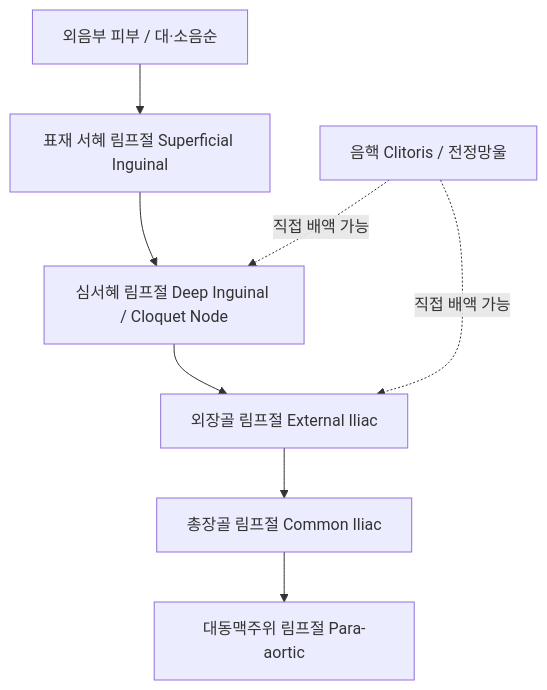
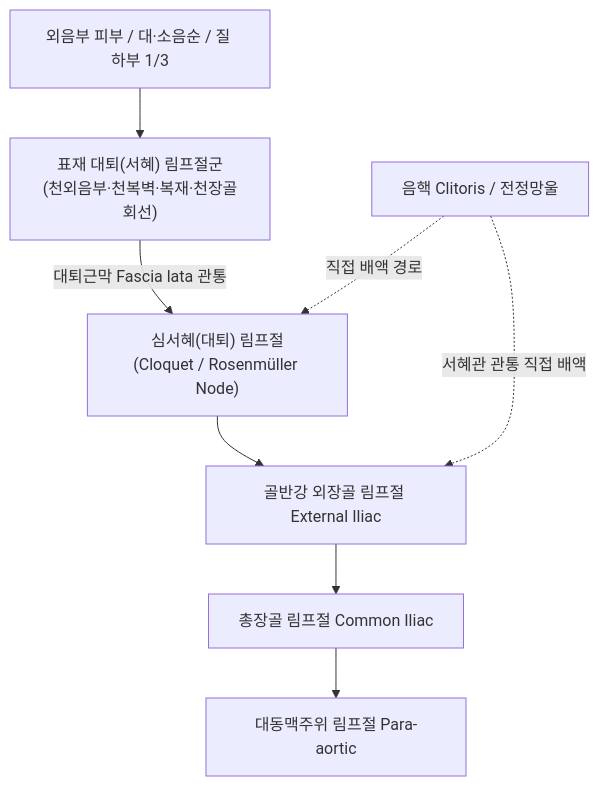
One commit to simbio11/simbio-digital-garden2 changed the diagram in content/5. 독서, 노트/독서/네터해부학/Vol1_생식기계/Day06_외음부_해부생리_피부질환_종양.md. Above: the diagram before and after it, drawn with Mermaid. The commit also changed other lines of this file and 7 other files, not shown here.

````diff
--- a/content/5. 독서, 노트/독서/네터해부학/Vol1_생식기계/Day06_외음부_해부생리_피부질환_종양.md
+++ b/content/5. 독서, 노트/독서/네터해부학/Vol1_생식기계/Day06_외음부_해부생리_피부질환_종양.md
@@ -117,12 +206,12 @@
 ```mermaid
 graph TD
- VulvaSkin[외음부 피부 / 대·소음순] --> SupIng[표재 서혜 림프절 Superficial Inguinal]
- SupIng --> DeepIng[심서혜 림프절 Deep Inguinal / Cloquet Node]
+ VulvaSkin["외음부 피부 / 대·소음순 / 질 하부 1/3"] --> SupFem["표재 대퇴(서혜) 림프절군<br>(천외음부·천복벽·복재·천장골회선)"]
+ SupFem -->|대퇴근막 Fascia lata 관통| DeepFem["심서혜(대퇴) 림프절<br>(Cloquet / Rosenmüller Node)"]
  
- Clitoris[음핵 Clitoris / 전정망울] -.->|직접 배액 가능| DeepIng
- Clitoris -.->|직접 배액 가능| ExtIliac[외장골 림프절 External Iliac]
+ Clitoris["음핵 Clitoris / 전정망울"] -.->|직접 배액 경로| DeepFem
+ Clitoris -.->|서혜관 관통 직접 배액| ExtIliac["골반강 외장골 림프절 External Iliac"]
  
- DeepIng --> ExtIliac
- ExtIliac --> CommonIliac[총장골 림프절 Common Iliac]
- CommonIliac --> ParaAortic[대동맥주위 림프절 Para-aortic]
+ DeepFem --> ExtIliac
+ ExtIliac --> CommonIliac["총장골 림프절 Common Iliac"]
+ CommonIliac --> ParaAortic["대동맥주위 림프절 Para-aortic"]
 ```
````
